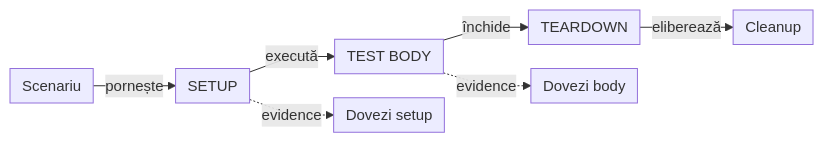
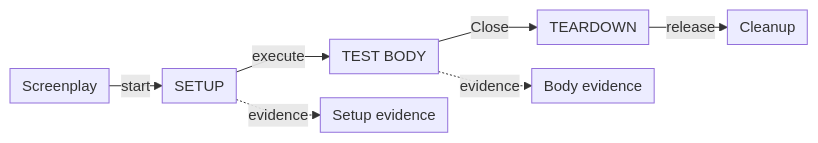
Before and after one commit to crististefanita/atf_j0: diagram 11 of 12 in docs/ATF_Architecture.md, drawn with Mermaid. The commit also changed other lines of this file and 113 other files, not shown here.

````diff
--- a/docs/ATF_Architecture.md
+++ b/docs/ATF_Architecture.md
@@ -743,10 +700,10 @@
 ```mermaid
 %%{init: {"themeVariables":{"fontSize":"15px"},"themeCSS":".nodeLabel, .nodeLabel p { font-size: 15px !important; line-height: 1.35 !important; } .edgeLabel, .edgeLabel p { font-size: 12px !important; font-weight: 400 !important; line-height: 1.2 !important; } .edgeLabel .labelBkg, .edgeLabel p { background: transparent !important; } .edgeLabel foreignObject { transform: translateY(-18px); overflow: visible; } .node rect { rx: 6px; ry: 6px; }","flowchart":{"curve":"linear","nodeSpacing":24,"rankSpacing":24,"padding":6,"diagramPadding":20}}}%%
 flowchart LR
-    Scenario["Scenariu"] -->|pornește| Setup["SETUP"]
-    Setup -->|execută| Body["TEST BODY"]
-    Body -->|închide| Teardown["TEARDOWN"]
-    Teardown -->|eliberează| Cleanup["Cleanup"]
-    Setup -.->|evidence| SetupEvidence["Dovezi setup"]
-    Body -.->|evidence| BodyEvidence["Dovezi body"]
+    Scenario["Screenplay"] -->|start| Setup["SETUP"]
+    Setup -->|execute| Body["TEST BODY"]
+    Body -->|Close| Teardown["TEARDOWN"]
+    Teardown -->|release| Cleanup["Cleanup"]
+    Setup -.->|evidence| SetupEvidence["Setup evidence"]
+    Body -.->|evidence| BodyEvidence["Body evidence"]
 ```
````
